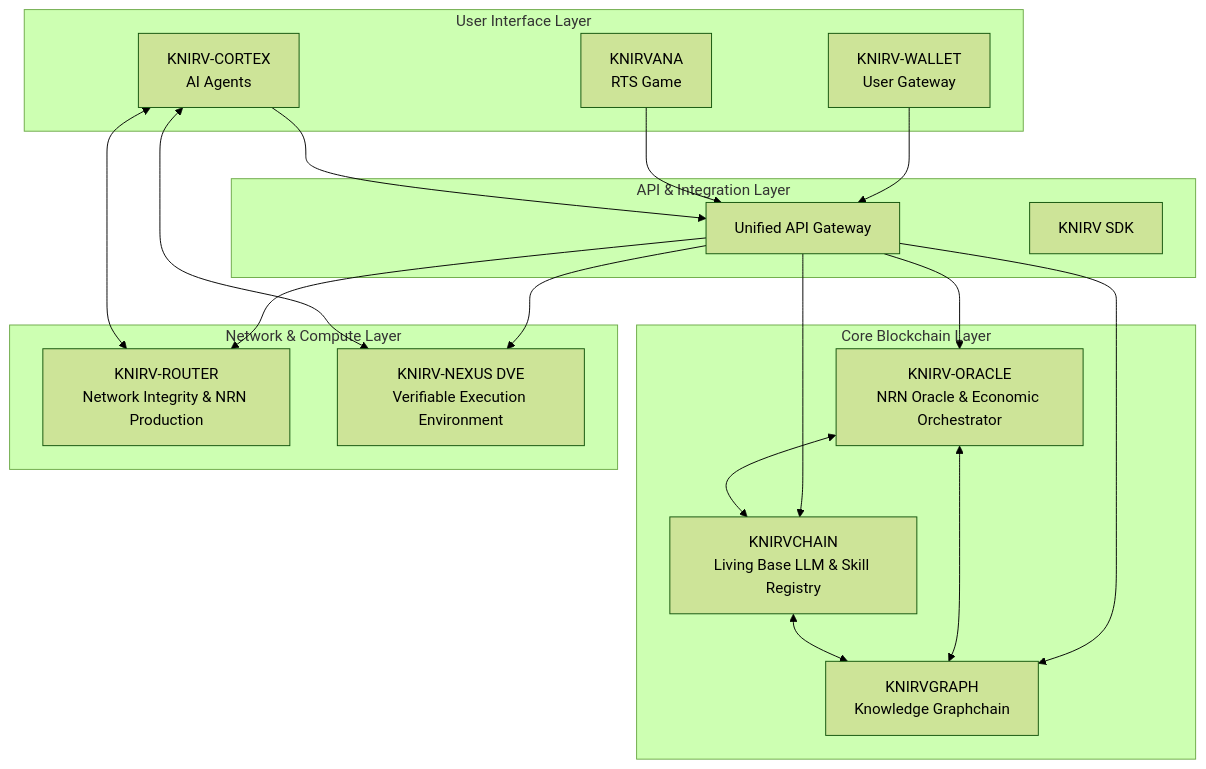
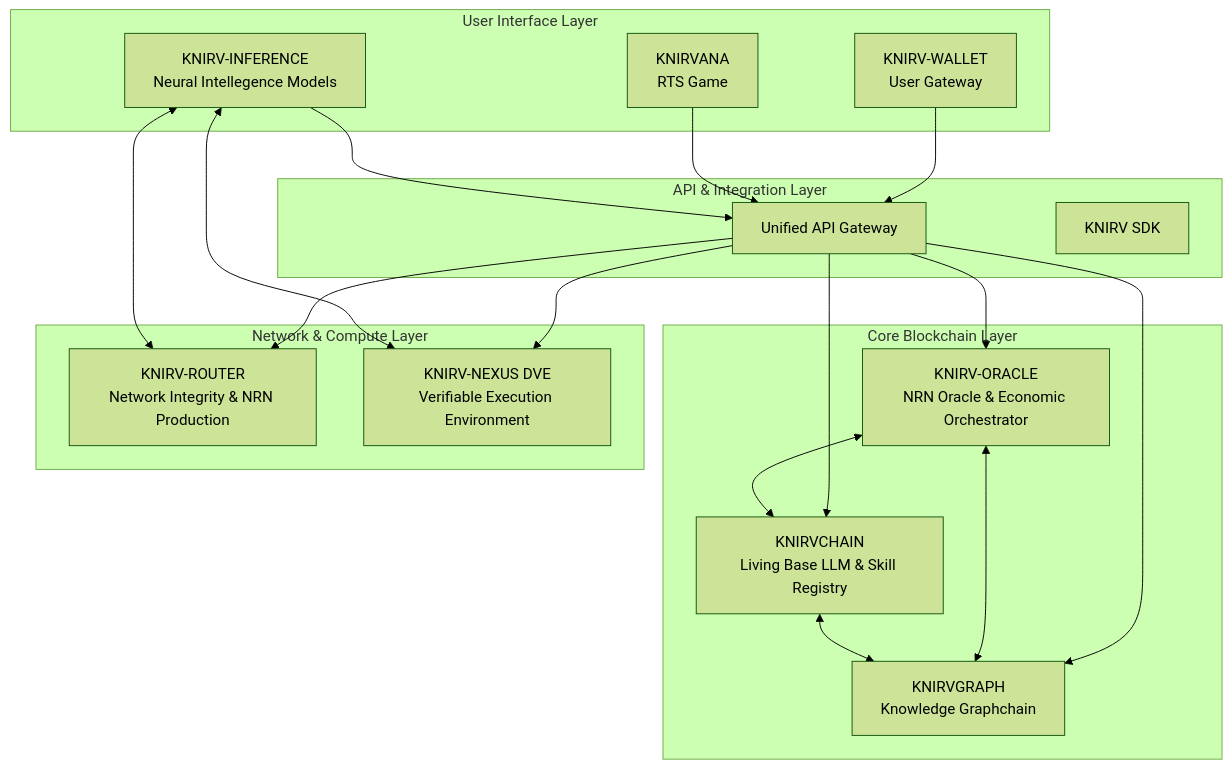
Before and after one commit to guiperry/KNIRV_NETWORK: the diagram in README.md, drawn with Mermaid (forest theme). The commit also changed other lines of this file and 186 other files, not shown here.

````diff
--- a/README.md
+++ b/README.md
@@ -46,38 +46,38 @@
 ```mermaid
 graph TB
     subgraph "User Interface Layer"
         KW[KNIRV-WALLET<br/>User Gateway]
         KN[KNIRVANA<br/>RTS Game]
-        KS[KNIRV-CORTEX<br/>AI Agents]
+        KS[KNIRV-INFERENCE<br/>Neural Intellegence Models]
     end
     
     subgraph "API & Integration Layer"
         AG[Unified API Gateway]
         SDK[KNIRV SDK]
     end
     
     subgraph "Core Blockchain Layer"
         KR[KNIRV-ORACLE<br/>NRN Oracle & Economic Orchestrator]
         KC[KNIRVCHAIN<br/>Living Base LLM & Skill Registry]
         KG[KNIRVGRAPH<br/>Knowledge Graphchain]
     end
     
     subgraph "Network & Compute Layer"
         KROUTER[KNIRV-ROUTER<br/>Network Integrity & NRN Production]
         KNEXUS[KNIRV-NEXUS DVE<br/>Verifiable Execution Environment]
     end
     
     KW --> AG
     KN --> AG
     KS --> AG
     AG --> KR
     AG --> KC
     AG --> KG
     AG --> KROUTER
     AG --> KNEXUS
     KR <--> KC
     KR <--> KG
     KC <--> KG
     KS <--> KNEXUS
     KS <--> KROUTER
 ```
````
